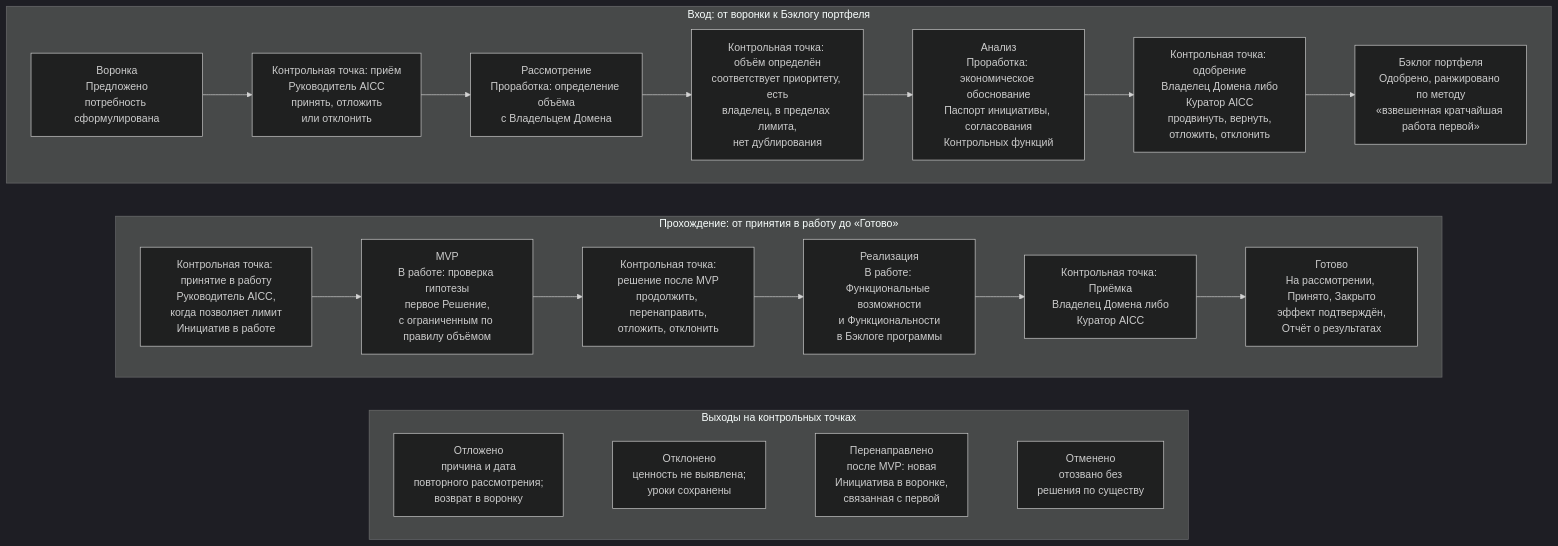
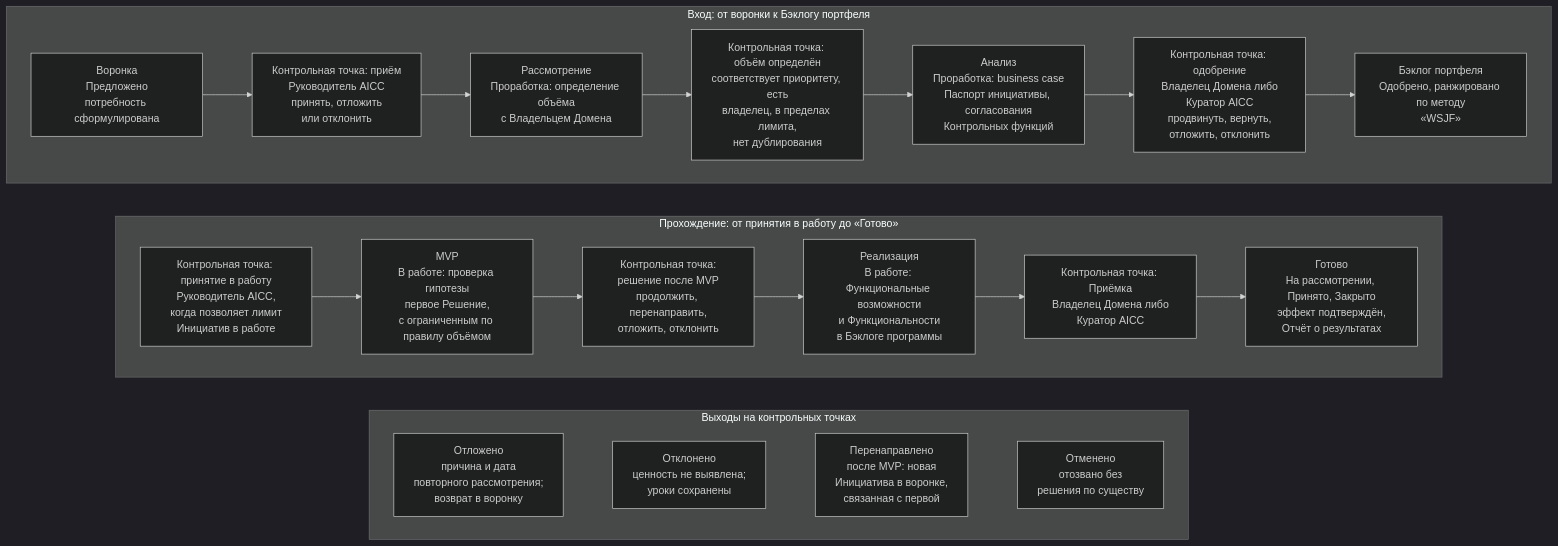
The diagram in portal/content/ru/portfolio/the-flow.md (devhogu/ob-aicc), drawn with Mermaid (dark theme) before and after one commit. The commit also changed other lines of this file and 768 other files, not shown here.

````diff
--- a/portal/content/ru/portfolio/the-flow.md
+++ b/portal/content/ru/portfolio/the-flow.md
@@ -15,26 +15,26 @@
 ```mermaid
 flowchart TB
   subgraph ROW1["Вход: от воронки к Бэклогу портфеля"]
     direction LR
     FU["Воронка<br/>Предложено<br/>потребность сформулирована"] --> G1["Контрольная точка: приём<br/>Руководитель AICC<br/>принять, отложить<br/>или отклонить"]
     G1 --> RV["Рассмотрение<br/>Проработка: определение объёма<br/>с Владельцем Домена"]
     RV --> G2["Контрольная точка: объём определён<br/>соответствует приоритету, есть<br/>владелец, в пределах лимита,<br/>нет дублирования"]
-    G2 --> AN["Анализ<br/>Проработка: экономическое обоснование<br/>Паспорт инициативы, согласования<br/>Контрольных функций"]
+    G2 --> AN["Анализ<br/>Проработка: business case<br/>Паспорт инициативы, согласования<br/>Контрольных функций"]
     AN --> G3["Контрольная точка: одобрение<br/>Владелец Домена либо<br/>Куратор AICC<br/>продвинуть, вернуть,<br/>отложить, отклонить"]
-    G3 --> PB["Бэклог портфеля<br/>Одобрено, ранжировано по методу<br/>«взвешенная кратчайшая работа первой»"]
+    G3 --> PB["Бэклог портфеля<br/>Одобрено, ранжировано по методу<br/>«WSJF»"]
   end
   subgraph ROW2["Прохождение: от принятия в работу до «Готово»"]
     direction LR
     G4["Контрольная точка: принятие в работу<br/>Руководитель AICC,<br/>когда позволяет лимит<br/>Инициатив в работе"] --> MV["MVP<br/>В работе: проверка гипотезы<br/>первое Решение,<br/>с ограниченным по правилу объёмом"]
     MV --> G5["Контрольная точка:<br/>решение после MVP<br/>продолжить, перенаправить,<br/>отложить, отклонить"]
     G5 --> IM["Реализация<br/>В работе: Функциональные возможности<br/>и Функциональности<br/>в Бэклоге программы"]
     IM --> G6["Контрольная точка: Приёмка<br/>Владелец Домена либо<br/>Куратор AICC"]
     G6 --> DN["Готово<br/>На рассмотрении, Принято, Закрыто<br/>эффект подтверждён,<br/>Отчёт о результатах"]
   end
   subgraph ROW3["Выходы на контрольных точках"]
     direction LR
     DF["Отложено<br/>причина и дата<br/>повторного рассмотрения;<br/>возврат в воронку"] ~~~ RJ["Отклонено<br/>ценность не выявлена;<br/>уроки сохранены"] ~~~ PV["Перенаправлено<br/>после MVP: новая<br/>Инициатива в воронке,<br/>связанная с первой"] ~~~ CN["Отменено<br/>отозвано без<br/>решения по существу"]
   end
   ROW1 ~~~ ROW2
   ROW2 ~~~ ROW3
 ```
````
